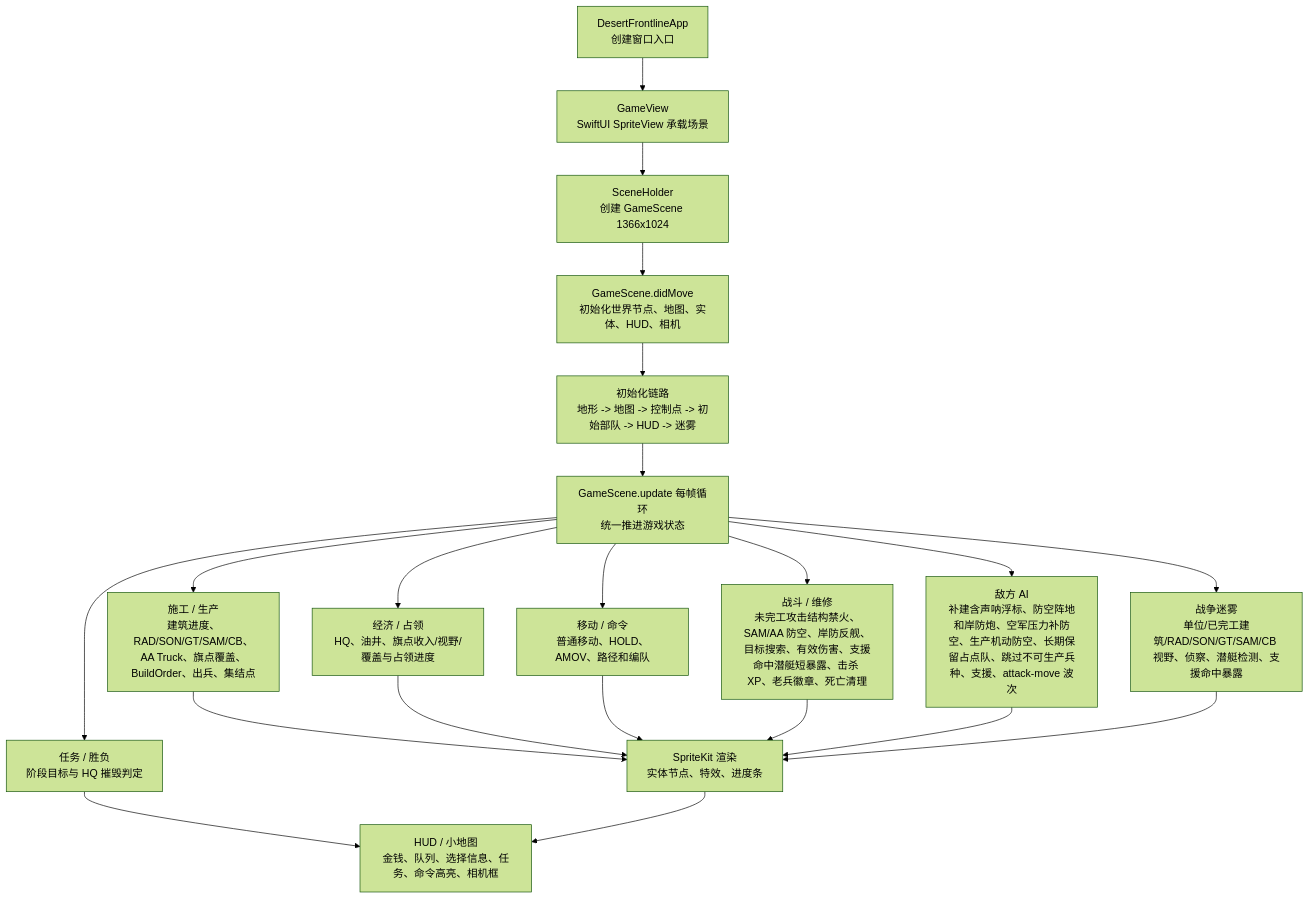
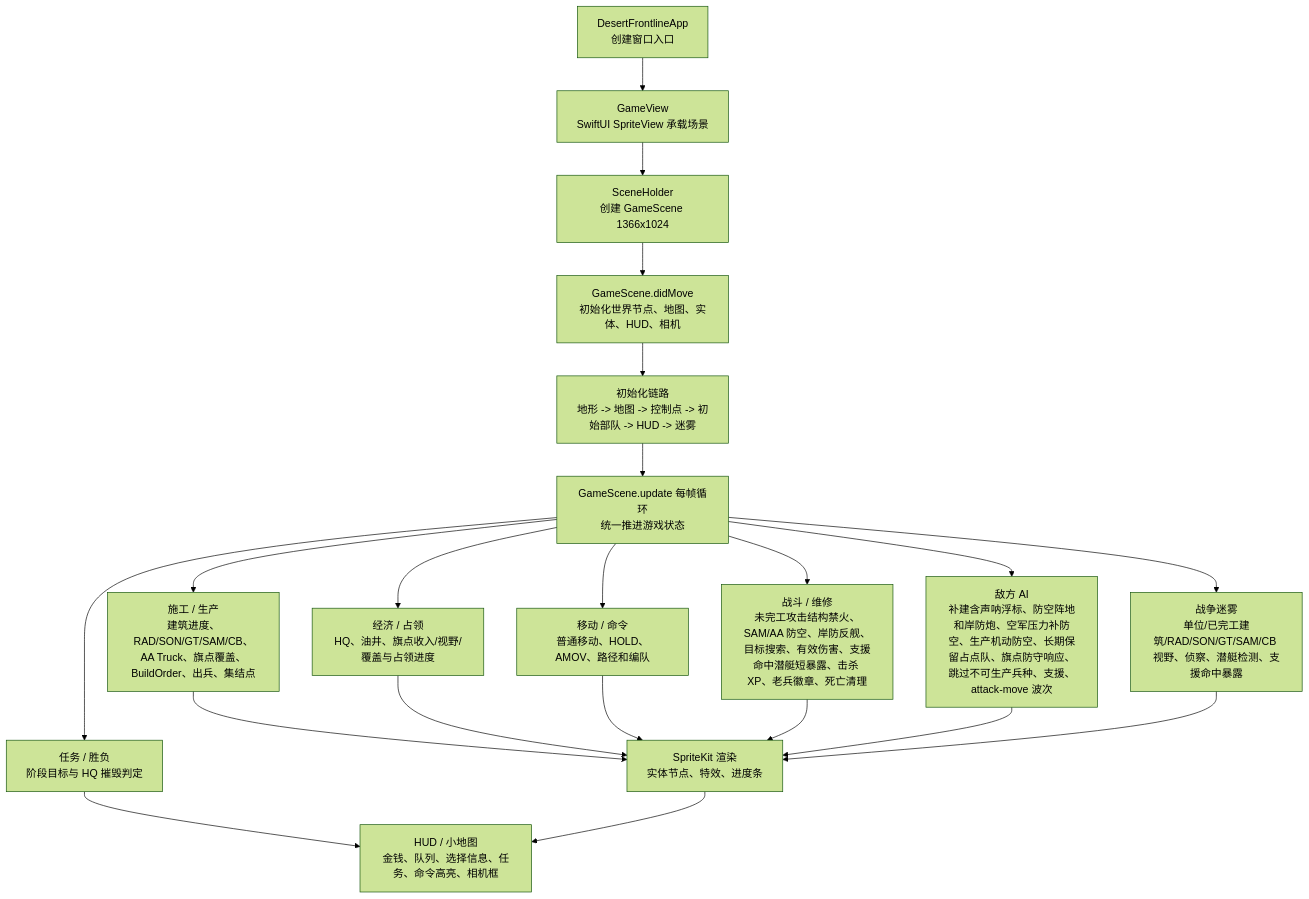
The first of 3 diagrams in md/flow/flowchart.md (Altman-sam114/1145), drawn with Mermaid (forest theme) before and after one commit. The commit also changed 4 other files, not shown here.

````diff
--- a/md/flow/flowchart.md
+++ b/md/flow/flowchart.md
@@ -9,23 +9,23 @@
 ```mermaid
 flowchart TD
   App["DesertFrontlineApp\n创建窗口入口"] --> View["GameView\nSwiftUI SpriteView 承载场景"]
   View --> Holder["SceneHolder\n创建 GameScene 1366x1024"]
   Holder --> Scene["GameScene.didMove\n初始化世界节点、地图、实体、HUD、相机"]
   Scene --> Init["初始化链路\n地形 -> 地图 -> 控制点 -> 初始部队 -> HUD -> 迷雾"]
   Init --> Loop["GameScene.update 每帧循环\n统一推进游戏状态"]
   Loop --> Build["施工 / 生产\n建筑进度、RAD/SON/GT/SAM/CB、AA Truck、旗点覆盖、BuildOrder、出兵、集结点"]
   Loop --> Economy["经济 / 占领\nHQ、油井、旗点收入/视野/覆盖与占领进度"]
   Loop --> Commands["移动 / 命令\n普通移动、HOLD、AMOV、路径和编队"]
   Loop --> Combat["战斗 / 维修\n未完工攻击结构禁火、SAM/AA 防空、岸防反舰、目标搜索、有效伤害、支援命中潜艇短暴露、击杀 XP、老兵徽章、死亡清理"]
-  Loop --> AI["敌方 AI\n补建含声呐浮标、防空阵地和岸防炮、空军压力补防空、生产机动防空、长期保留占点队、跳过不可生产兵种、支援、attack-move 波次"]
+  Loop --> AI["敌方 AI\n补建含声呐浮标、防空阵地和岸防炮、空军压力补防空、生产机动防空、长期保留占点队、旗点防守响应、跳过不可生产兵种、支援、attack-move 波次"]
   Loop --> Fog["战争迷雾\n单位/已完工建筑/RAD/SON/GT/SAM/CB 视野、侦察、潜艇检测、支援命中暴露"]
   Loop --> Mission["任务 / 胜负\n阶段目标与 HQ 摧毁判定"]
   Build --> Render["SpriteKit 渲染\n实体节点、特效、进度条"]
   Economy --> Render
   Commands --> Render
   Combat --> Render
   AI --> Render
   Fog --> Render
   Mission --> HUD["HUD / 小地图\n金钱、队列、选择信息、任务、命令高亮、相机框"]
   Render --> HUD
 ```
````
